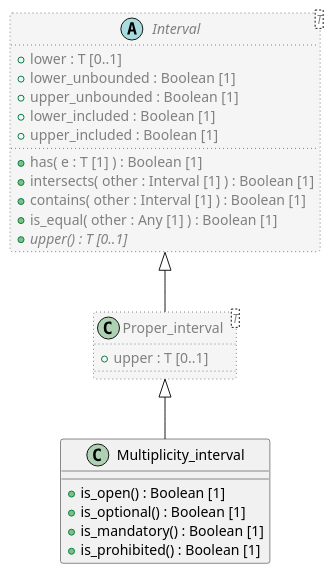
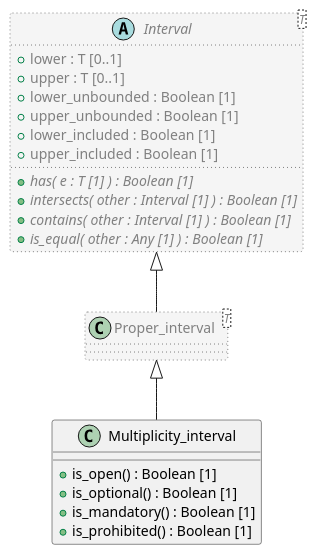
One commit to sebastian-iancu/code-generator changed the diagram in code/Adoc/openehr_base_1.2.0/plantUML/classes/org.openehr.base.foundation_types.multiplicity_interval.adoc. Above: the diagram before and after it, drawn with PlantUML. The commit also changed 719 other files, not shown here.

```diff
--- a/code/Adoc/openehr_base_1.2.0/plantUML/classes/org.openehr.base.foundation_types.multiplicity_interval.adoc
+++ b/code/Adoc/openehr_base_1.2.0/plantUML/classes/org.openehr.base.foundation_types.multiplicity_interval.adoc
@@ -1,35 +1,34 @@
 [plantuml,Multiplicity_interval,format=svg,svg-type="inline"]
 -----
 @startuml
 
 class Multiplicity_interval {
   + is_open() : Boolean [1]
   + is_optional() : Boolean [1]
   + is_mandatory() : Boolean [1]
   + is_prohibited() : Boolean [1]
 }
 
 class Proper_interval <T>  #whitesmoke;line:gray;line.dotted;text:gray {
-  + upper : T [0..1]
 }
 
 abstract class Interval <T>  #whitesmoke;line:gray;line.dotted;text:gray {
   + lower : T [0..1]
+  + upper : T [0..1]
   + lower_unbounded : Boolean [1]
   + upper_unbounded : Boolean [1]
   + lower_included : Boolean [1]
   + upper_included : Boolean [1]
-  + has( e : T [1] ) : Boolean [1]
-  + intersects( other : Interval [1] ) : Boolean [1]
-  + contains( other : Interval [1] ) : Boolean [1]
-  + is_equal( other : Any [1] ) : Boolean [1]
-  + {abstract} upper() : T [0..1]
+  + {abstract} has( e : T [1] ) : Boolean [1]
+  + {abstract} intersects( other : Interval [1] ) : Boolean [1]
+  + {abstract} contains( other : Interval [1] ) : Boolean [1]
+  + {abstract} is_equal( other : Any [1] ) : Boolean [1]
 }
 
 Interval <|-- Proper_interval
 
 Proper_interval <|-- Multiplicity_interval
 
 
 @enduml
 -----
```
